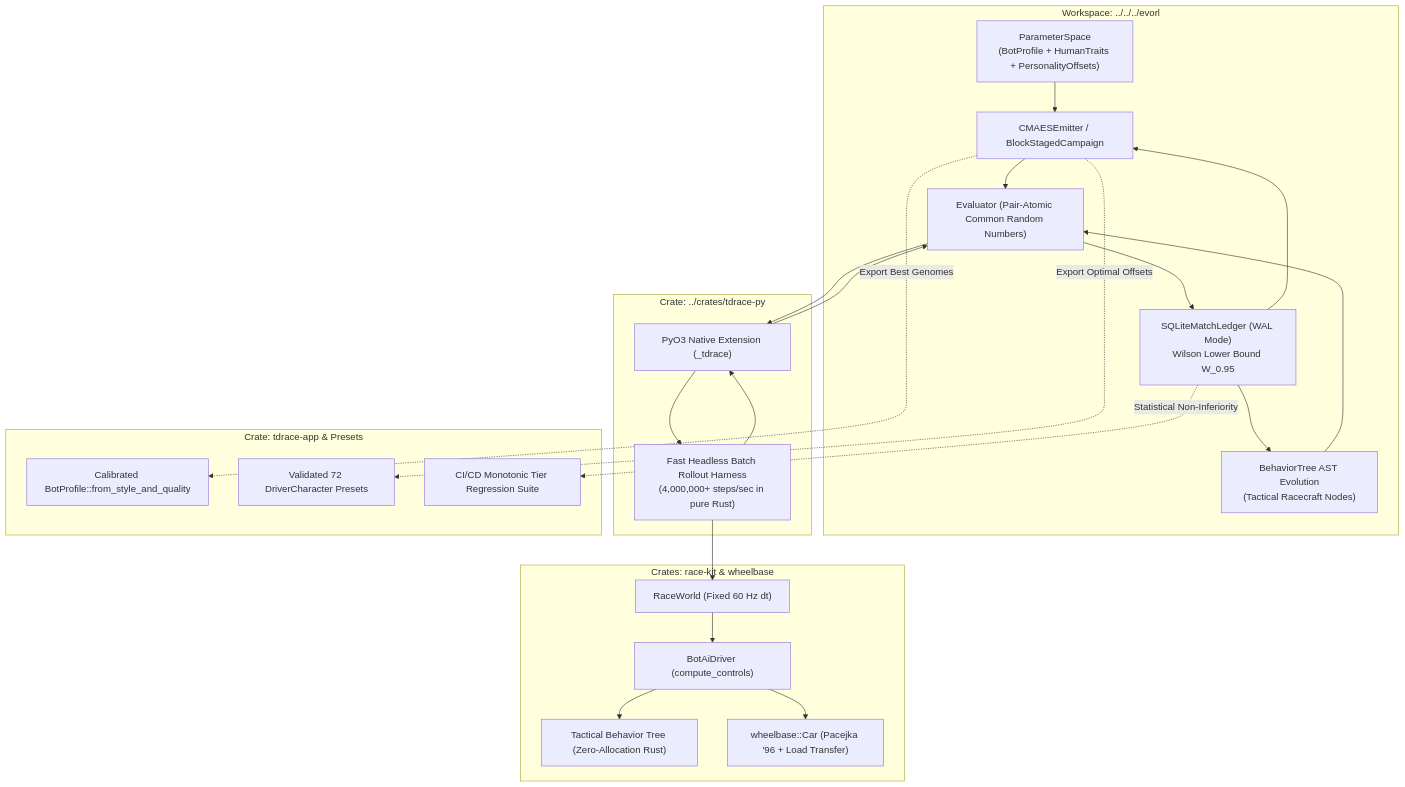
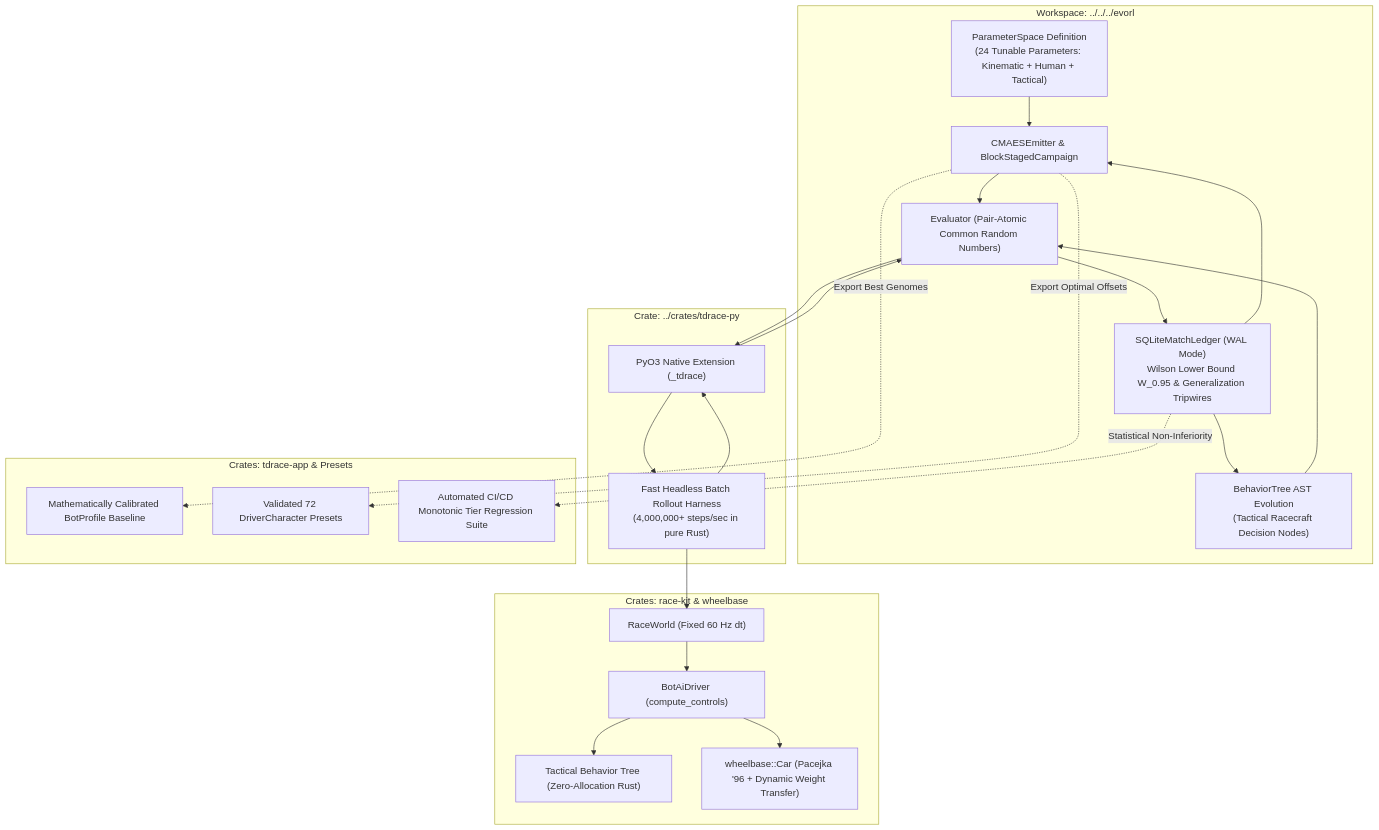
The second of 3 diagrams in specs/083_evorl_bot_driving_style_and_performance_optimization.md (magomar/tdrace), drawn with Mermaid before and after one commit. The commit also changed other lines of this file and 1 other file, not shown here.

Commit message:
docs(spec): draft Spec 083 EvoRL bot driving style and performance optimization (tdrace-eow3)

````diff
--- a/specs/083_evorl_bot_driving_style_and_performance_optimization.md
+++ b/specs/083_evorl_bot_driving_style_and_performance_optimization.md
@@ -58,48 +74,48 @@
 ```mermaid
 flowchart TD
     subgraph EvoRL Optimization Framework [Workspace: ../../../evorl]
-        PS["ParameterSpace<br/>(BotProfile + HumanTraits + PersonalityOffsets)"]
-        CMA["CMAESEmitter / BlockStagedCampaign"]
-        BT_EVO["BehaviorTree AST Evolution<br/>(Tactical Racecraft Nodes)"]
+        PS["ParameterSpace Definition<br/>(24 Tunable Parameters: Kinematic + Human + Tactical)"]
+        CMA["CMAESEmitter & BlockStagedCampaign"]
+        BT_EVO["BehaviorTree AST Evolution<br/>(Tactical Racecraft Decision Nodes)"]
         EVAL["Evaluator (Pair-Atomic Common Random Numbers)"]
-        LEDGER["SQLiteMatchLedger (WAL Mode)<br/>Wilson Lower Bound W_0.95"]
+        LEDGER["SQLiteMatchLedger (WAL Mode)<br/>Wilson Lower Bound W_0.95 & Generalization Tripwires"]
     end
 
     subgraph Simulation Acceleration Bridge [Crate: ../crates/tdrace-py]
         FFI["PyO3 Native Extension (_tdrace)"]
         HARNESS["Fast Headless Batch Rollout Harness<br/>(4,000,000+ steps/sec in pure Rust)"]
     end
 
     subgraph Engine Simulation & AI Runtime [Crates: race-kit & wheelbase]
         RW["RaceWorld<Car> (Fixed 60 Hz dt)"]
         AI["BotAiDriver (compute_controls)"]
         BT_RUN["Tactical Behavior Tree (Zero-Allocation Rust)"]
-        CAR["wheelbase::Car (Pacejka '96 + Load Transfer)"]
+        CAR["wheelbase::Car (Pacejka '96 + Dynamic Weight Transfer)"]
     end
 
-    subgraph Production Game Deployment [Crate: tdrace-app & Presets]
-        CALIB["Calibrated BotProfile::from_style_and_quality"]
+    subgraph Production Game Deployment [Crates: tdrace-app & Presets]
+        CALIB["Mathematically Calibrated BotProfile Baseline"]
         PRESET["Validated 72 DriverCharacter Presets"]
-        GATE["CI/CD Monotonic Tier Regression Suite"]
+        GATE["Automated CI/CD Monotonic Tier Regression Suite"]
     end
 
     PS --> CMA
     CMA --> EVAL
     BT_EVO --> EVAL
     EVAL --> FFI
     FFI --> HARNESS
     HARNESS --> RW
     RW --> AI
     AI --> BT_RUN
     AI --> CAR
 
     HARNESS --> FFI
     FFI --> EVAL
     EVAL --> LEDGER
     LEDGER --> CMA
     LEDGER --> BT_EVO
 
     CMA -.->|Export Best Genomes| CALIB
     CMA -.->|Export Optimal Offsets| PRESET
     LEDGER -.->|Statistical Non-Inferiority| GATE
 ```
````
